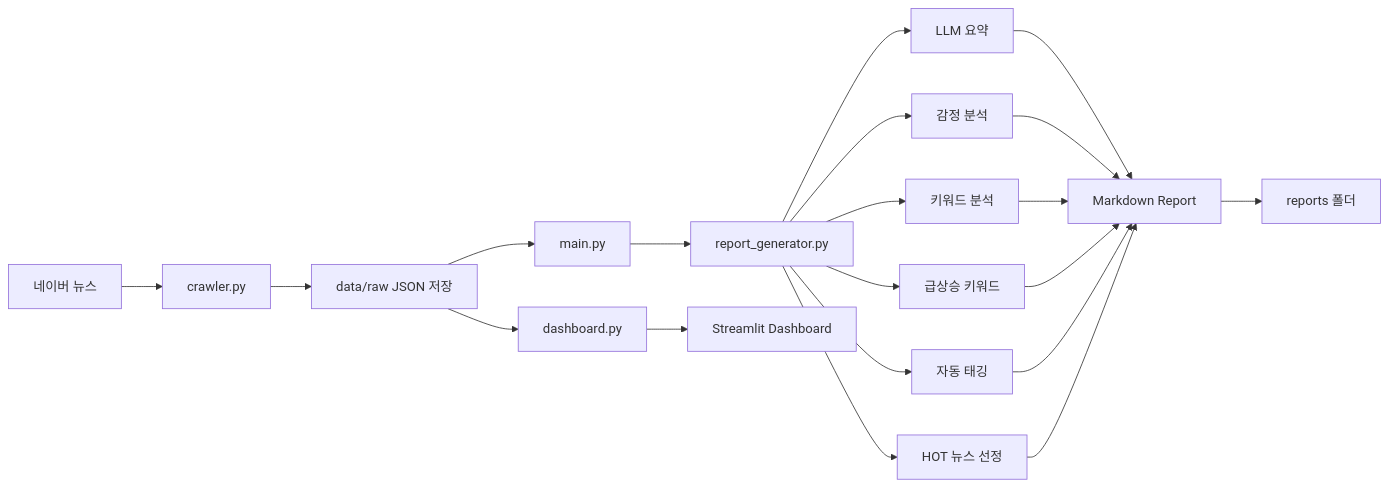
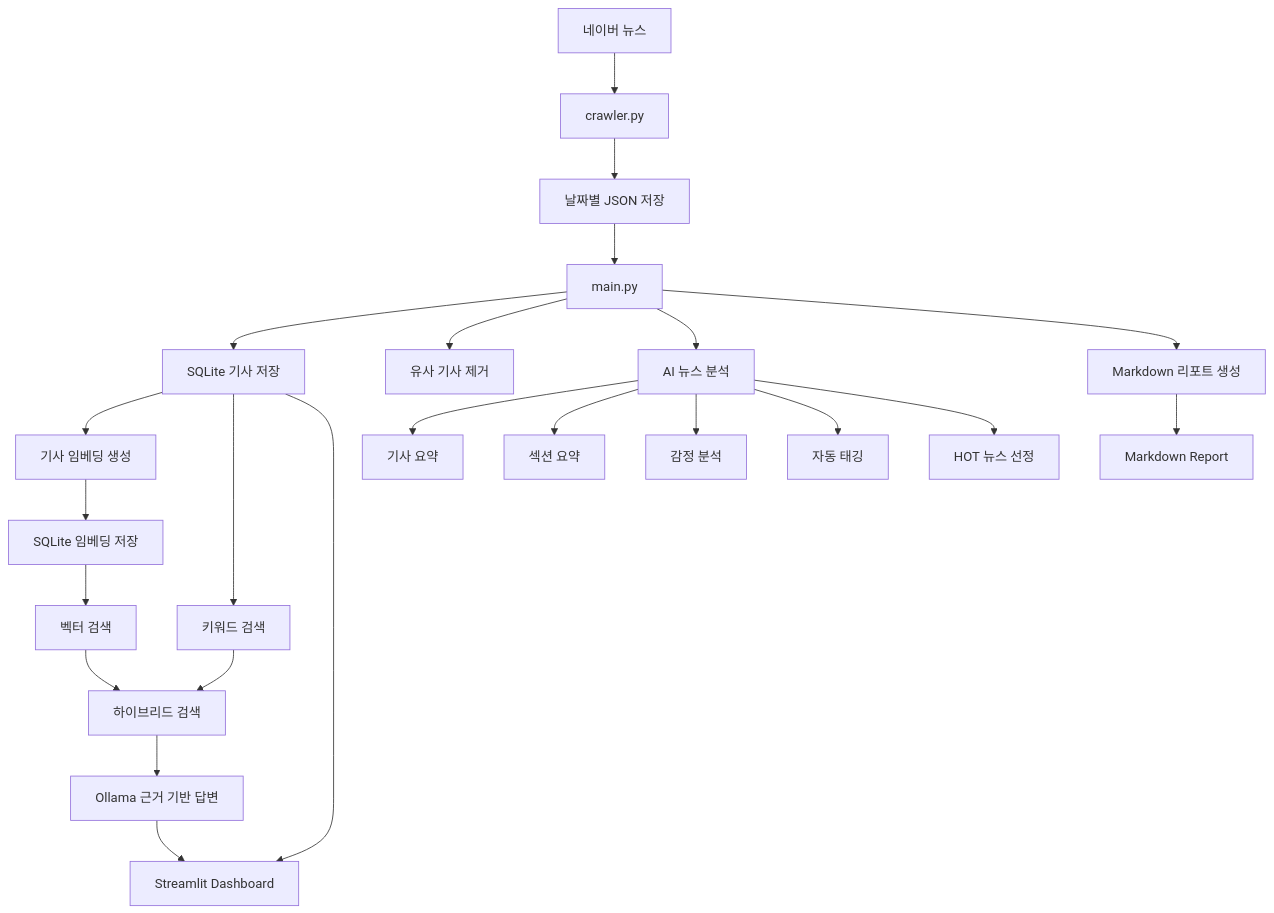
The first of 2 diagrams in README.md (dnsgod/ai-news-report-system), drawn with Mermaid before and after one commit. The commit also changed other lines of this file, not shown here.

````diff
--- a/README.md
+++ b/README.md
@@ -27,32 +107,32 @@
 ```mermaid
-flowchart LR
+flowchart TD
+    A[네이버 뉴스] --> B[crawler.py]
+    B --> C[날짜별 JSON 저장]
+    C --> D[main.py]
 
-A[네이버 뉴스] --> B[crawler.py]
+    D --> E[SQLite 기사 저장]
+    D --> F[유사 기사 제거]
+    D --> G[AI 뉴스 분석]
+    D --> H[Markdown 리포트 생성]
 
-B --> C[data/raw JSON 저장]
+    G --> I[기사 요약]
+    G --> J[섹션 요약]
+    G --> K[감정 분석]
+    G --> L[자동 태깅]
+    G --> M[HOT 뉴스 선정]
 
-C --> D[main.py]
+    E --> N[기사 임베딩 생성]
+    N --> O[SQLite 임베딩 저장]
 
-D --> E[report_generator.py]
+    E --> P[키워드 검색]
+    O --> Q[벡터 검색]
 
-E --> F[LLM 요약]
-E --> G[감정 분석]
-E --> H[키워드 분석]
-E --> I[급상승 키워드]
-E --> J[자동 태깅]
-E --> K[HOT 뉴스 선정]
+    P --> R[하이브리드 검색]
+    Q --> R
 
-F --> L[Markdown Report]
+    R --> S[Ollama 근거 기반 답변]
 
-G --> L
-H --> L
-I --> L
-J --> L
-K --> L
-
-L --> M[reports 폴더]
-
-C --> N[dashboard.py]
-
-N --> O[Streamlit Dashboard]
+    E --> T[Streamlit Dashboard]
+    S --> T
+    H --> U[Markdown Report]
 ```
````
